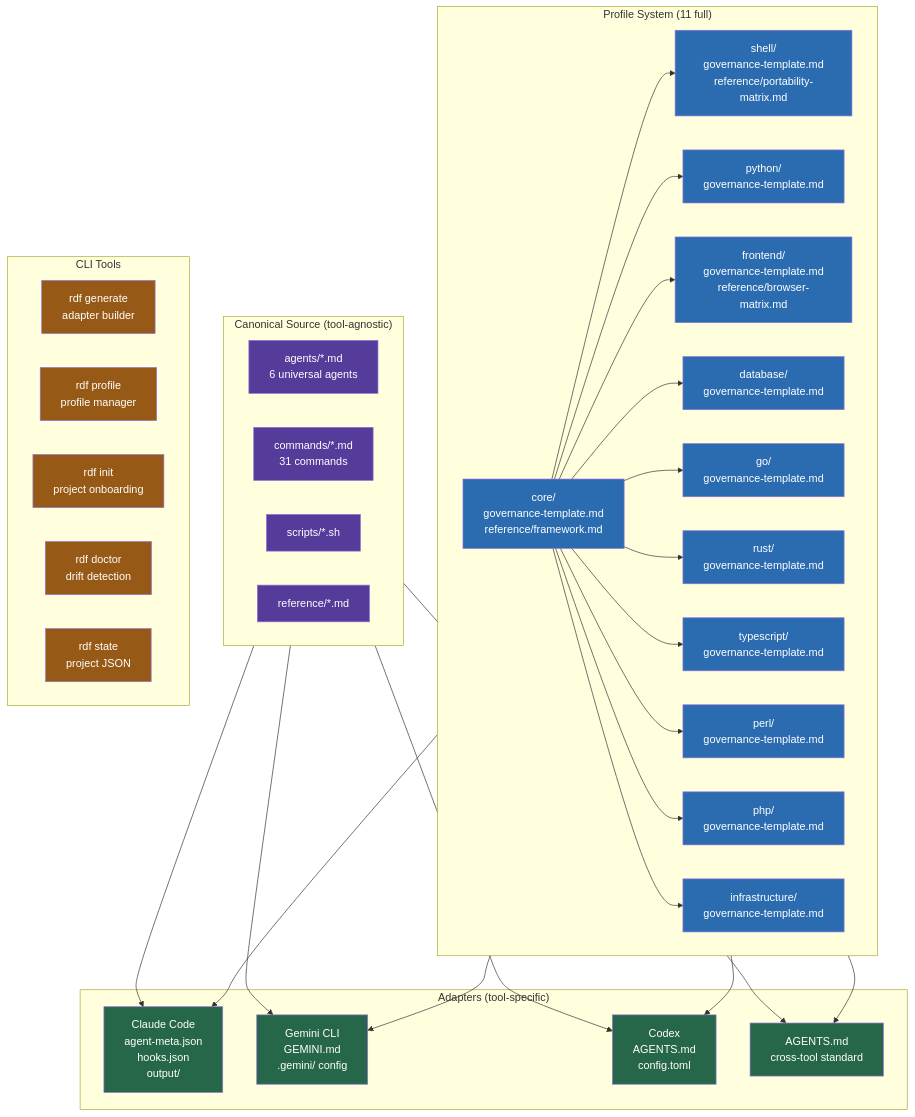
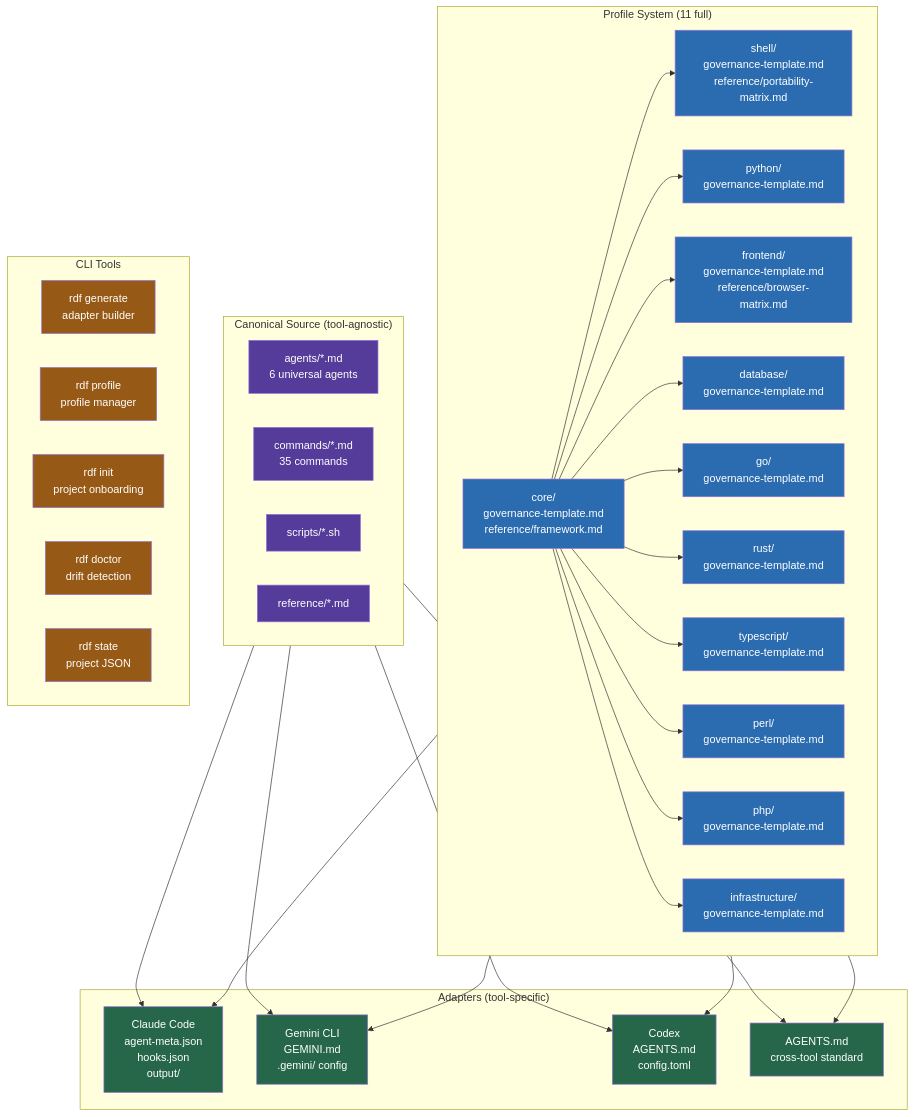
Before and after one commit to rfxn/rdf: the first of 12 diagrams in reference/diagrams.md, drawn with Mermaid. The commit also changed other lines of this file and 5 other files, not shown here.

```diff
--- a/reference/diagrams.md
+++ b/reference/diagrams.md
@@ -10,7 +10,7 @@
 flowchart TD
     subgraph Canonical["Canonical Source (tool-agnostic)"]
         Agents[agents/*.md\n6 universal agents]
-        Commands[commands/*.md\n31 commands]
+        Commands[commands/*.md\n35 commands]
         Scripts[scripts/*.sh]
         Reference[reference/*.md]
     end
```
